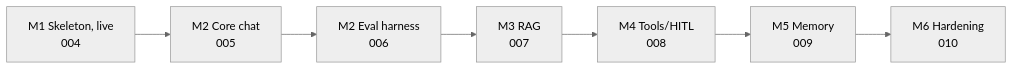
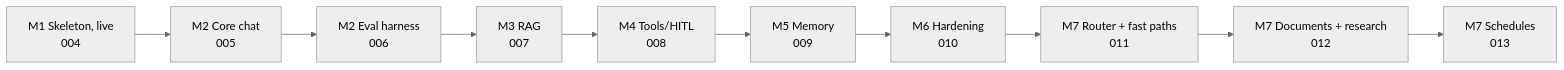
Before and after one commit to dinesh24murali/nexus-ai: the diagram in docs/02_outputs/05_implementation_plan.md, drawn with Mermaid (neutral theme). The commit also changed other lines of this file and 11 other files, not shown here.

````diff
--- a/docs/02_outputs/05_implementation_plan.md
+++ b/docs/02_outputs/05_implementation_plan.md
@@ -323,9 +404,12 @@
 ```mermaid
 flowchart LR
   M1[M1 Skeleton, live<br/>004] --> CC[M2 Core chat<br/>005]
   CC --> EV[M2 Eval harness<br/>006]
   EV --> R[M3 RAG<br/>007]
   R --> T[M4 Tools/HITL<br/>008]
   T --> MEM[M5 Memory<br/>009]
   MEM --> H[M6 Hardening<br/>010]
+  H --> RO[M7 Router + fast paths<br/>011]
+  RO --> DOC[M7 Documents + research<br/>012]
+  DOC --> SC[M7 Schedules<br/>013]
 ```
````
